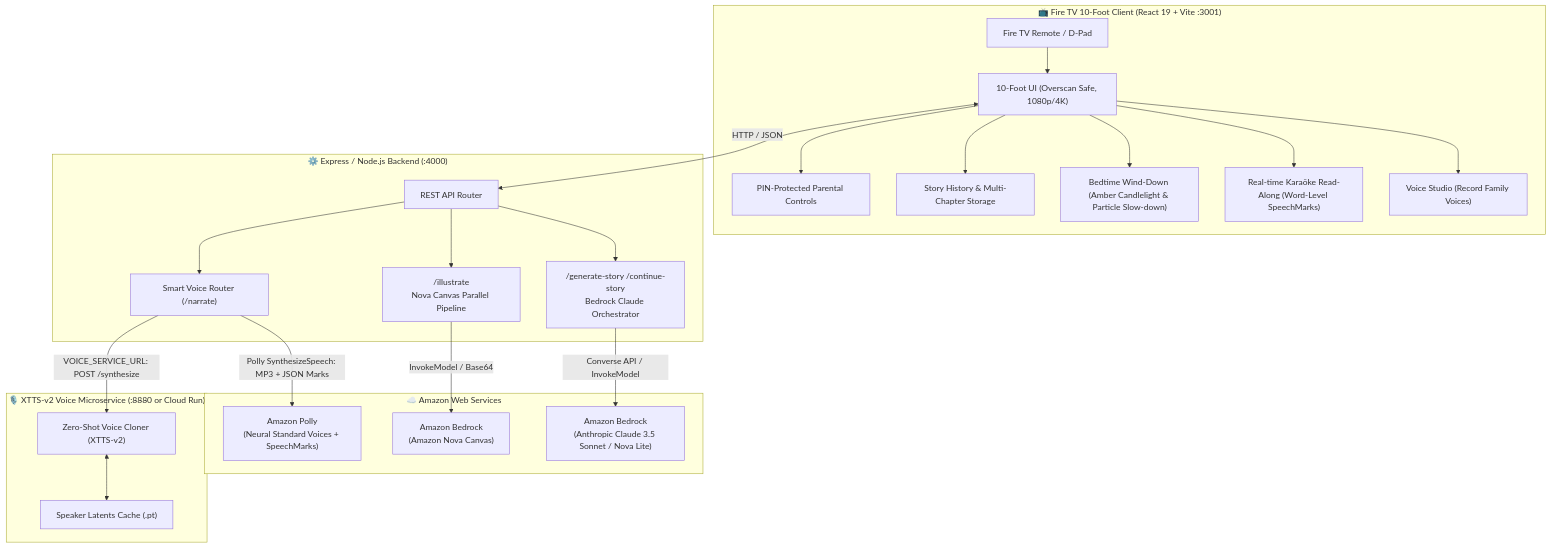
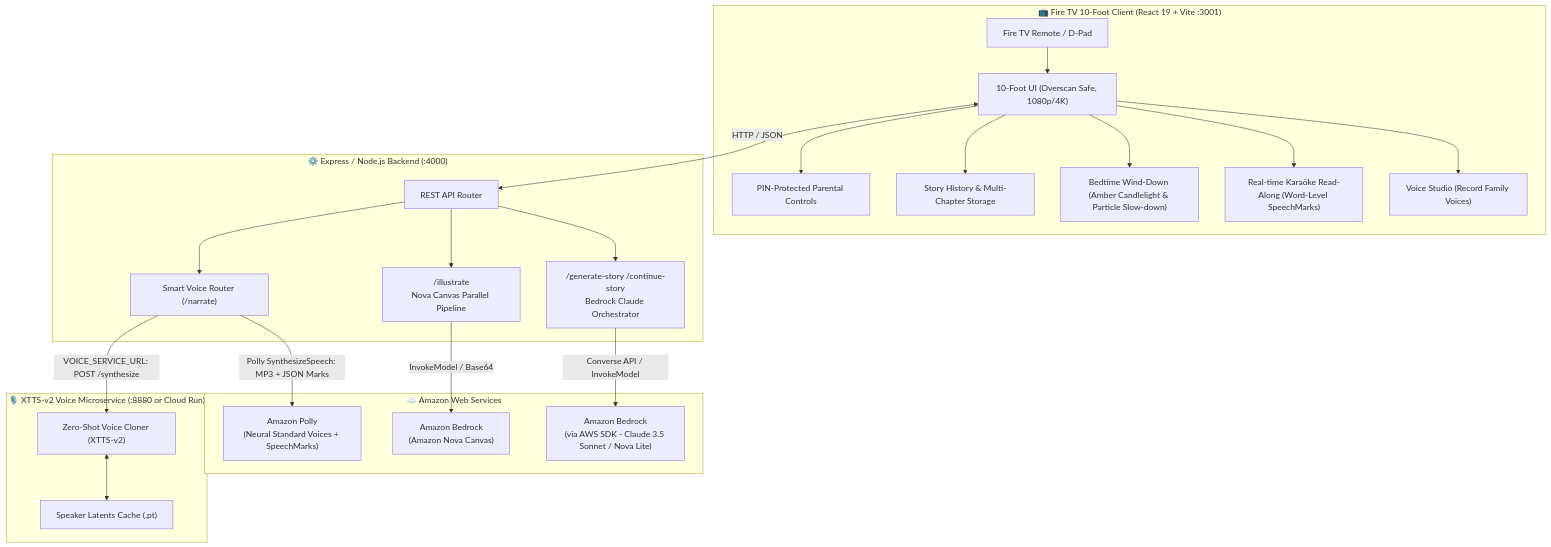
Before and after one commit to adSesugh/family-story-night-firetv: the diagram in README.md, drawn with Mermaid. The commit also changed other lines of this file and 4 other files, not shown here.

First line of the commit message:
docs: update to AWS SDK, remove Anthropic references

````diff
--- a/README.md
+++ b/README.md
@@ -19,36 +19,36 @@
 ```mermaid
 flowchart TD
     subgraph Client["📺 Fire TV 10-Foot Client (React 19 + Vite :3001)"]
         Remote["Fire TV Remote / D-Pad"] --> UI["10-Foot UI (Overscan Safe, 1080p/4K)"]
         UI --> VoiceStudio["Voice Studio (Record Family Voices)"]
         UI --> Karaōke["Real-time Karaōke Read-Along (Word-Level SpeechMarks)"]
         UI --> WindDown["Bedtime Wind-Down (Amber Candlelight & Particle Slow-down)"]
         UI --> History["Story History & Multi-Chapter Storage"]
         UI --> Parent["PIN-Protected Parental Controls"]
     end
 
     subgraph Backend["⚙️ Express / Node.js Backend (:4000)"]
         API["REST API Router"]
         API --> StoryGen["/generate-story /continue-story\nBedrock Claude Orchestrator"]
         API --> ImageGen["/illustrate\nNova Canvas Parallel Pipeline"]
         API --> VoiceRouter["Smart Voice Router (/narrate)"]
     end
 
     subgraph AWS["☁️ Amazon Web Services"]
-        BedrockText["Amazon Bedrock\n(Anthropic Claude 3.5 Sonnet / Nova Lite)"]
+        BedrockText["Amazon Bedrock\n(via AWS SDK - Claude 3.5 Sonnet / Nova Lite)"]
         BedrockImage["Amazon Bedrock\n(Amazon Nova Canvas)"]
         Polly["Amazon Polly\n(Neural Standard Voices + SpeechMarks)"]
     end
 
     subgraph VoiceService["🎙️ XTTS-v2 Voice Microservice (:8880 or Cloud Run)"]
         XTTS["Zero-Shot Voice Cloner (XTTS-v2)"]
         Latents["Speaker Latents Cache (.pt)"]
         XTTS <--> Latents
     end
 
     UI <-->|HTTP / JSON| API
     StoryGen -->|Converse API / InvokeModel| BedrockText
     ImageGen -->|InvokeModel / Base64| BedrockImage
     VoiceRouter -->|Polly SynthesizeSpeech: MP3 + JSON Marks| Polly
     VoiceRouter -->|VOICE_SERVICE_URL: POST /synthesize| XTTS
 ```
````
